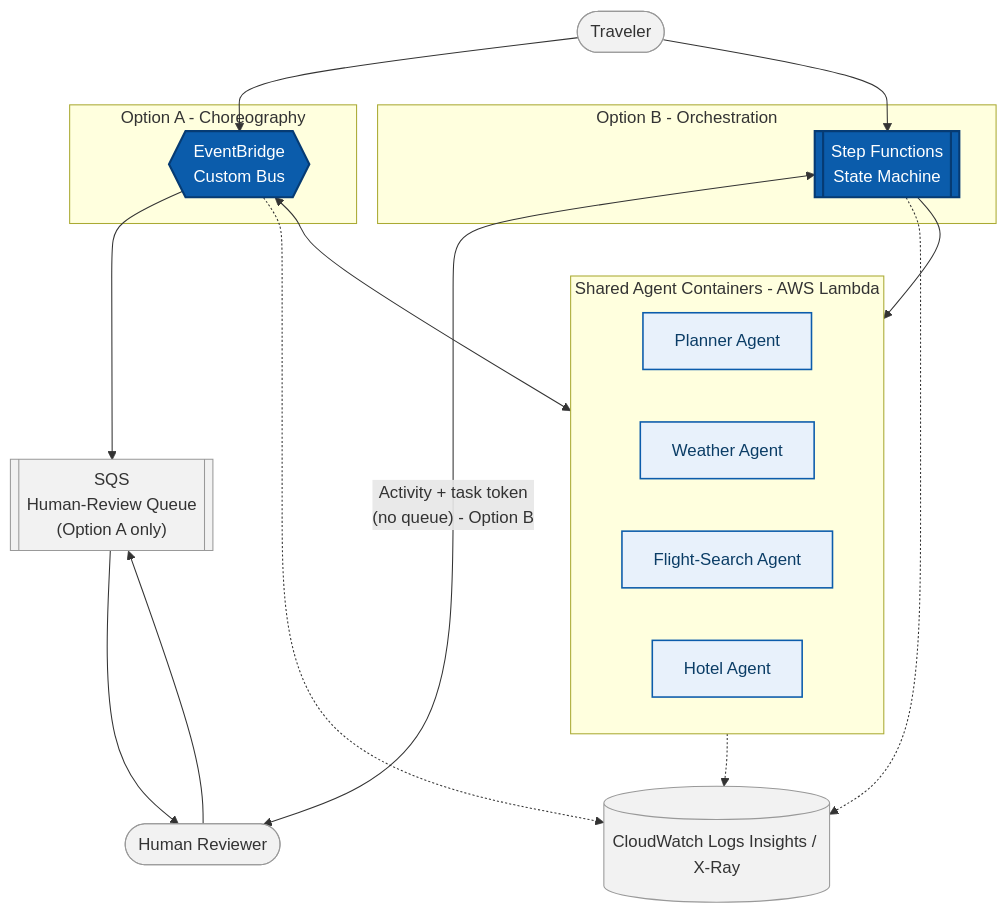
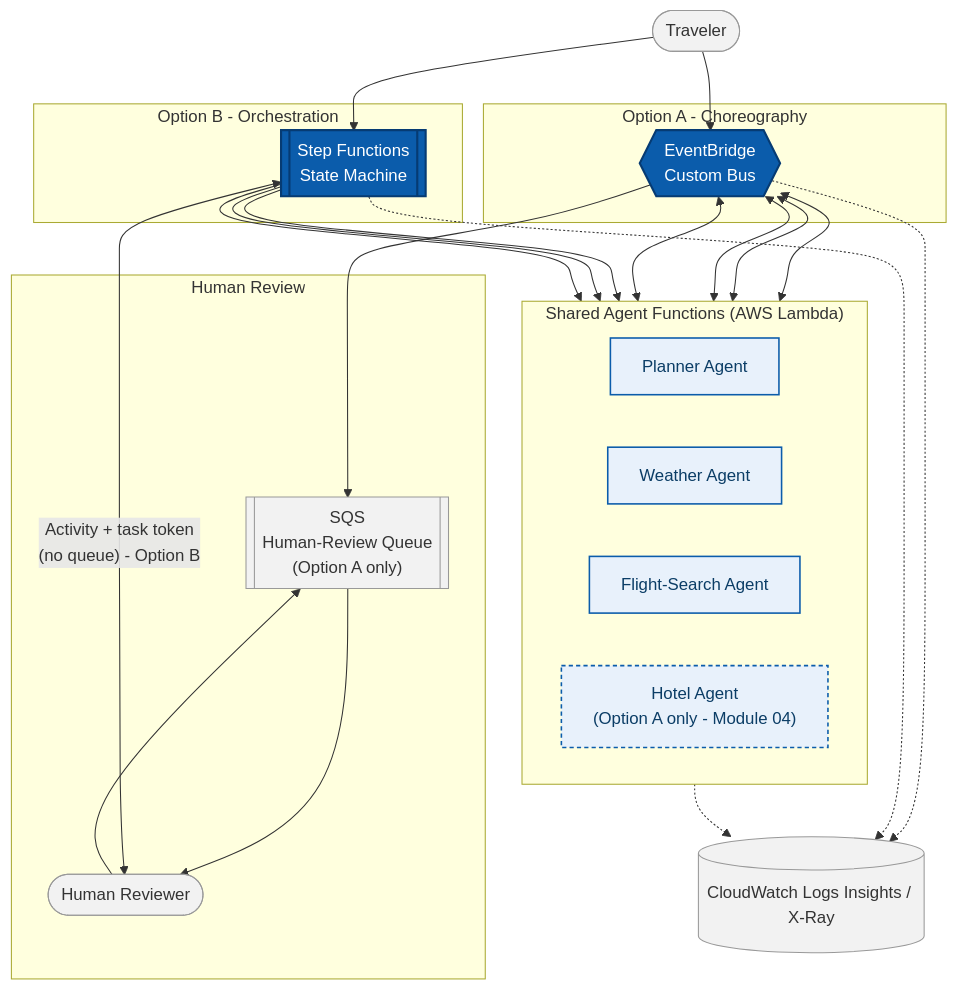
The second of 2 diagrams in architecture/HLD.md (KartikJaswal1111/multi_agent_patterns_on_aws_serverless), drawn with Mermaid before and after one commit. The commit also changed other lines of this file and 8 other files, not shown here.

Commit message:
Updated HLD diagram and terminology

````diff
--- a/architecture/HLD.md
+++ b/architecture/HLD.md
@@ -144,43 +144,57 @@
 ```mermaid
 flowchart TB
     Client(["Traveler"])
 
     subgraph OptionA["Option A - Choreography"]
         Bus{{"EventBridge\nCustom Bus"}}
     end
 
     subgraph OptionB["Option B - Orchestration"]
         SFN[["Step Functions\nState Machine"]]
     end
 
-    subgraph Agents["Shared Agent Containers - AWS Lambda"]
+    subgraph Agents["Shared Agent Functions (AWS Lambda)"]
         direction LR
         Planner["Planner Agent"]
         Weather["Weather Agent"]
         Flight["Flight-Search Agent"]
-        Hotel["Hotel Agent"]
+        Hotel["Hotel Agent\n(Option A only - Module 04)"]
     end
 
-    Queue[["SQS\nHuman-Review Queue\n(Option A only)"]]
-    Reviewer(["Human Reviewer"])
+    subgraph HITL["Human Review"]
+        Queue[["SQS\nHuman-Review Queue\n(Option A only)"]]
+        Reviewer(["Human Reviewer"])
+    end
+
     Logs[("CloudWatch Logs Insights / X-Ray")]
 
     Client --> Bus
     Client --> SFN
-    Bus <--> Agents
-    SFN --> Agents
+
+    Bus <--> Planner
+    Bus <--> Weather
+    Bus <--> Flight
+    Bus <--> Hotel
+
+    SFN --> Planner
+    SFN --> Weather
+    SFN --> Flight
+
     Bus --> Queue
     Queue --> Reviewer
     Reviewer --> Queue
     SFN <-->|"Activity + task token\n(no queue) - Option B"| Reviewer
+
     Agents -.-> Logs
     Bus -.-> Logs
     SFN -.-> Logs
 
     classDef bus fill:#0b5cab,color:#ffffff,stroke:#063b73,stroke-width:2px;
     classDef agent fill:#e8f1fb,color:#0b3d66,stroke:#0b5cab,stroke-width:1.5px;
+    classDef newagent fill:#e8f1fb,color:#0b3d66,stroke:#0b5cab,stroke-width:1.5px,stroke-dasharray: 4 3;
     classDef ext fill:#f2f2f2,color:#333333,stroke:#999999,stroke-width:1px;
     class Bus,SFN bus;
-    class Planner,Weather,Flight,Hotel agent;
+    class Planner,Weather,Flight agent;
+    class Hotel newagent;
     class Client,Queue,Reviewer,Logs ext;
 ```
````
